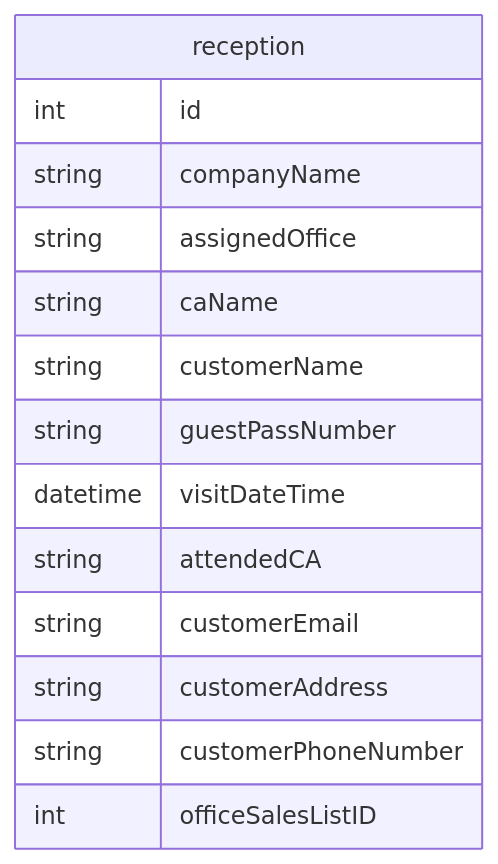
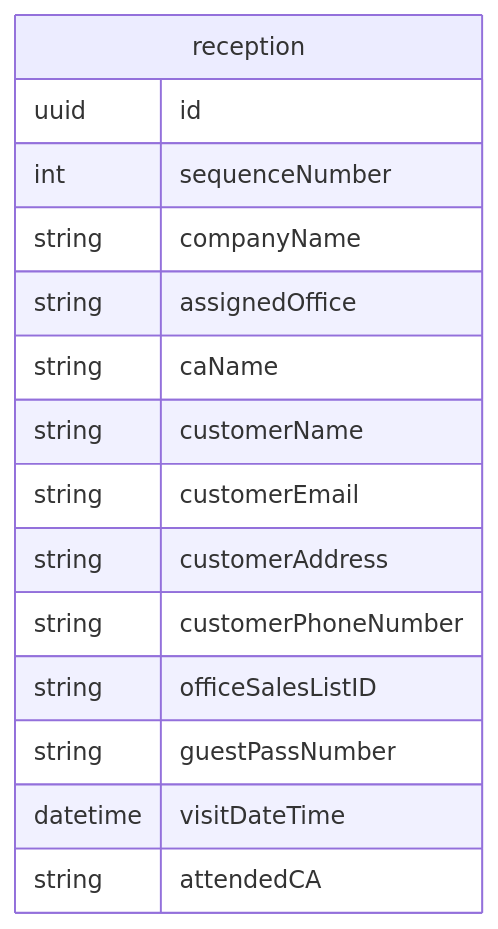
One commit to Minto312/reception-system changed the diagram in architecture.md. Above: the diagram before and after it, drawn with Mermaid. The commit also changed other lines of this file and 4 other files, not shown here.

````diff
--- a/architecture.md
+++ b/architecture.md
@@ -22,17 +35,19 @@
 ```mermaid
 erDiagram
     reception{
-        int id
+        uuid id
+        int sequenceNumber
         string companyName
         string assignedOffice
         string caName
         string customerName
+        string customerEmail
+        string customerAddress
+        string customerPhoneNumber
+        string officeSalesListID
+
         string guestPassNumber
         datetime visitDateTime
         string attendedCA
-        string customerEmail
-        string customerAddress
-        string customerPhoneNumber
-        int officeSalesListID
     }
 ```
````
